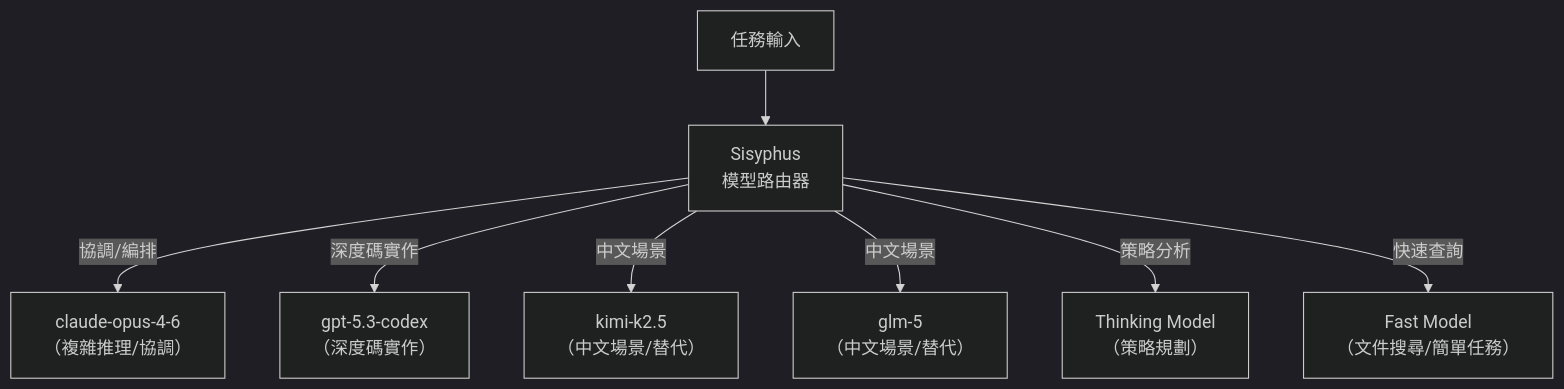
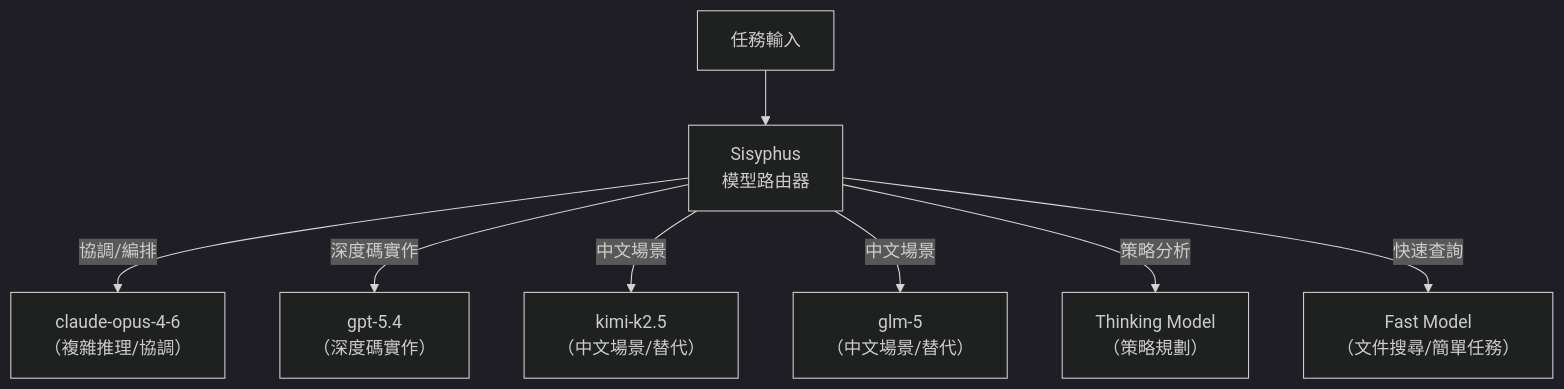
One commit to chihhung/Blog changed diagram 29 of 50 in content/posts/教學/AI開發/opencode生態系教學手冊.md. Above: the diagram before and after it, drawn with Mermaid (dark theme). The commit also changed other lines of this file and 3 other files, not shown here.

````diff
--- a/content/posts/教學/AI開發/opencode生態系教學手冊.md
+++ b/content/posts/教學/AI開發/opencode生態系教學手冊.md
@@ -5204,21 +5135,21 @@
 ```mermaid
 graph TB
     Task["任務輸入"]
 
     Router["Sisyphus<br/>模型路由器"]
 
     M1["claude-opus-4-6<br/>（複雜推理/協調）"]
-    M2["gpt-5.3-codex<br/>（深度碼實作）"]
+    M2["gpt-5.4<br/>（深度碼實作）"]
     M3["kimi-k2.5<br/>（中文場景/替代）"]
     M4["glm-5<br/>（中文場景/替代）"]
     M5["Thinking Model<br/>（策略規劃）"]
     M6["Fast Model<br/>（文件搜尋/簡單任務）"]
 
     Task --> Router
     Router -->|"協調/編排"| M1
     Router -->|"深度碼實作"| M2
     Router -->|"中文場景"| M3
     Router -->|"中文場景"| M4
     Router -->|"策略分析"| M5
     Router -->|"快速查詢"| M6
 ```
````
